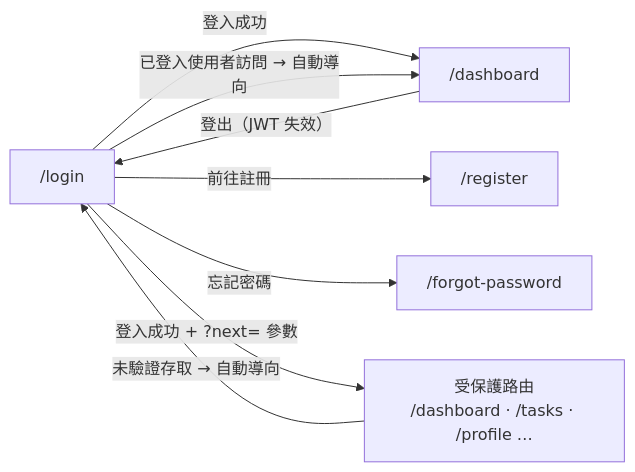
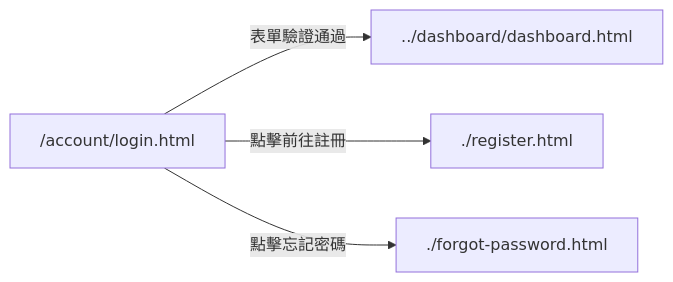
One commit to singyichen/label-suite changed the second of 2 diagrams in specs/account/001-login-email-password/spec.md. Above: the diagram before and after it, drawn with Mermaid. The commit also changed other lines of this file and 4 other files, not shown here.

````diff
--- a/specs/account/001-login-email-password/spec.md
+++ b/specs/account/001-login-email-password/spec.md
@@ -122,17 +170,11 @@
 ```mermaid
+flowchart LR
+    login["/account/login.html"]
+    dashboard["../dashboard/dashboard.html"]
+    register["./register.html"]
+    forgot["./forgot-password.html"]
 
-flowchart LR
-    login["/login"]
-    dashboard["/dashboard"]
-    register["/register"]
-    forgot["/forgot-password"]
-    protected["受保護路由\n/dashboard · /tasks · /profile …"]
-
-    login      -->|"登入成功"| dashboard
-    login      -->|"前往註冊"| register
-    login      -->|"忘記密碼"| forgot
-    dashboard  -->|"登出（JWT 失效）"| login
-    protected  -->|"未驗證存取 → 自動導向"| login
-    login      -->|"登入成功 + ?next= 參數"| protected
-    login      -->|"已登入使用者訪問 → 自動導向"| dashboard
+    login -->|表單驗證通過| dashboard
+    login -->|點擊前往註冊| register
+    login -->|點擊忘記密碼| forgot
 ```
````
